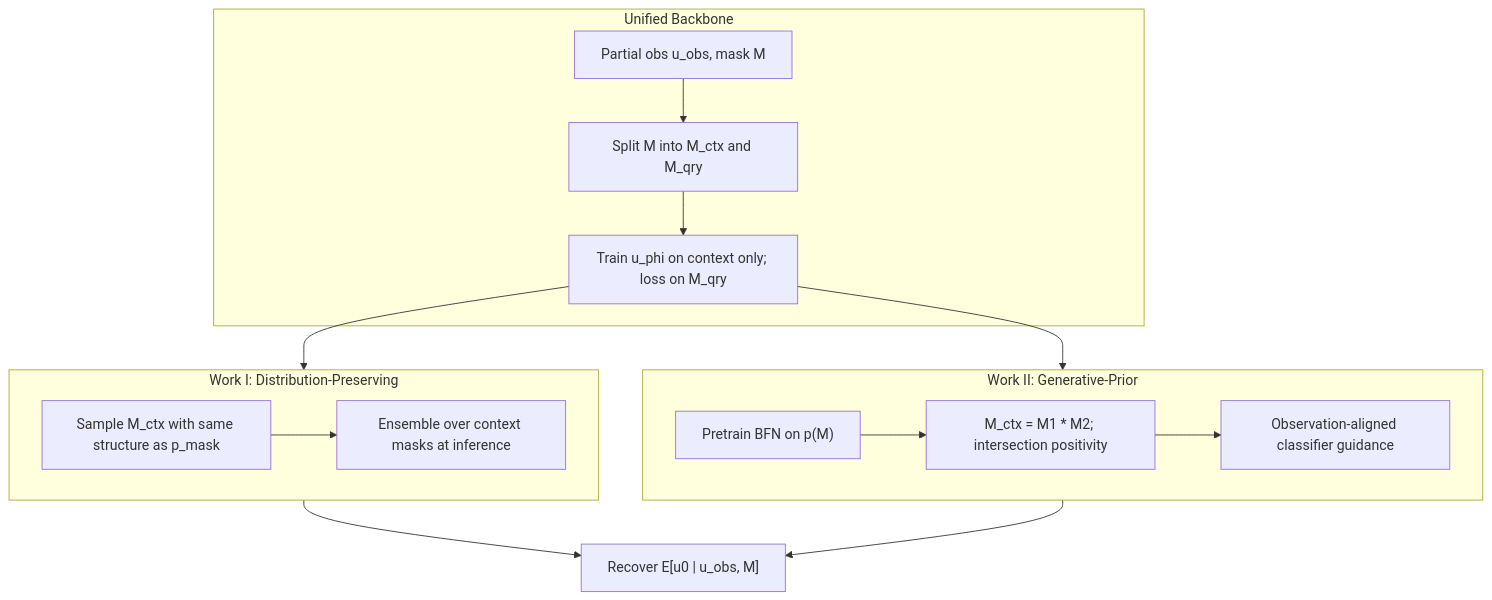
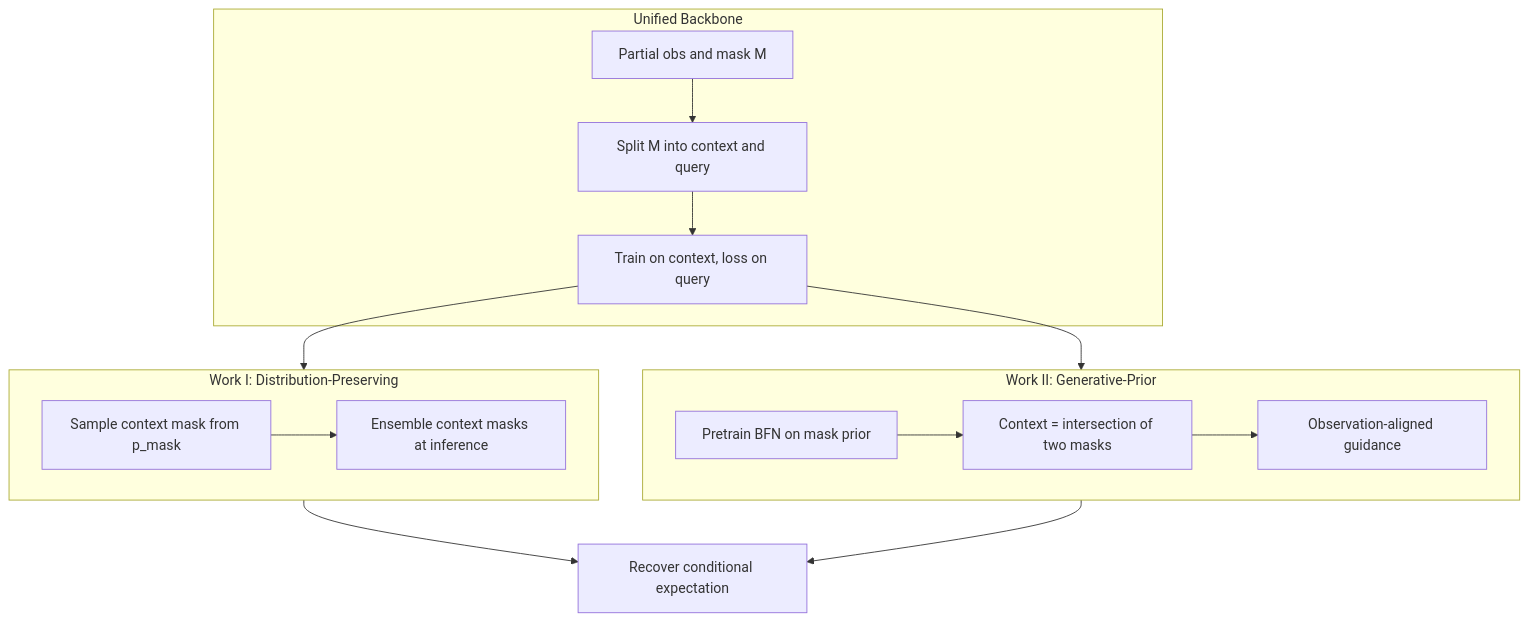
Before and after one commit to zzhnomorebugs/zzhnomorebugs.github.io: the diagram in _research/context-query-dynamics.md, drawn with Mermaid. The commit also changed 2 other files, not shown here.

```diff
--- a/_research/context-query-dynamics.md
+++ b/_research/context-query-dynamics.md
@@ -22,27 +22,27 @@
 <div class="mermaid">
 flowchart TB
-  subgraph backbone [Unified Backbone]
-    obs["Partial obs u_obs, mask M"]
-    split["Split M into M_ctx and M_qry"]
-    train["Train u_phi on context only; loss on M_qry"]
+  subgraph backbone ["Unified Backbone"]
+    obs["Partial obs and mask M"]
+    split["Split M into context and query"]
+    train["Train on context, loss on query"]
     obs --> split --> train
   end
 
-  subgraph work1 [Work I: Distribution-Preserving]
-    part1["Sample M_ctx with same structure as p_mask"]
-    ens["Ensemble over context masks at inference"]
+  subgraph work1 ["Work I: Distribution-Preserving"]
+    part1["Sample context mask from p_mask"]
+    ens["Ensemble context masks at inference"]
     part1 --> ens
   end
 
-  subgraph work2 [Work II: Generative-Prior]
-    bfn["Pretrain BFN on p(M)"]
-    inter["M_ctx = M1 * M2; intersection positivity"]
-    guide["Observation-aligned classifier guidance"]
+  subgraph work2 ["Work II: Generative-Prior"]
+    bfn["Pretrain BFN on mask prior"]
+    inter["Context = intersection of two masks"]
+    guide["Observation-aligned guidance"]
     bfn --> inter --> guide
   end
 
   train --> work1
   train --> work2
-  work1 --> out["Recover E[u0 | u_obs, M]"]
+  work1 --> out["Recover conditional expectation"]
   work2 --> out
 </div>
```
